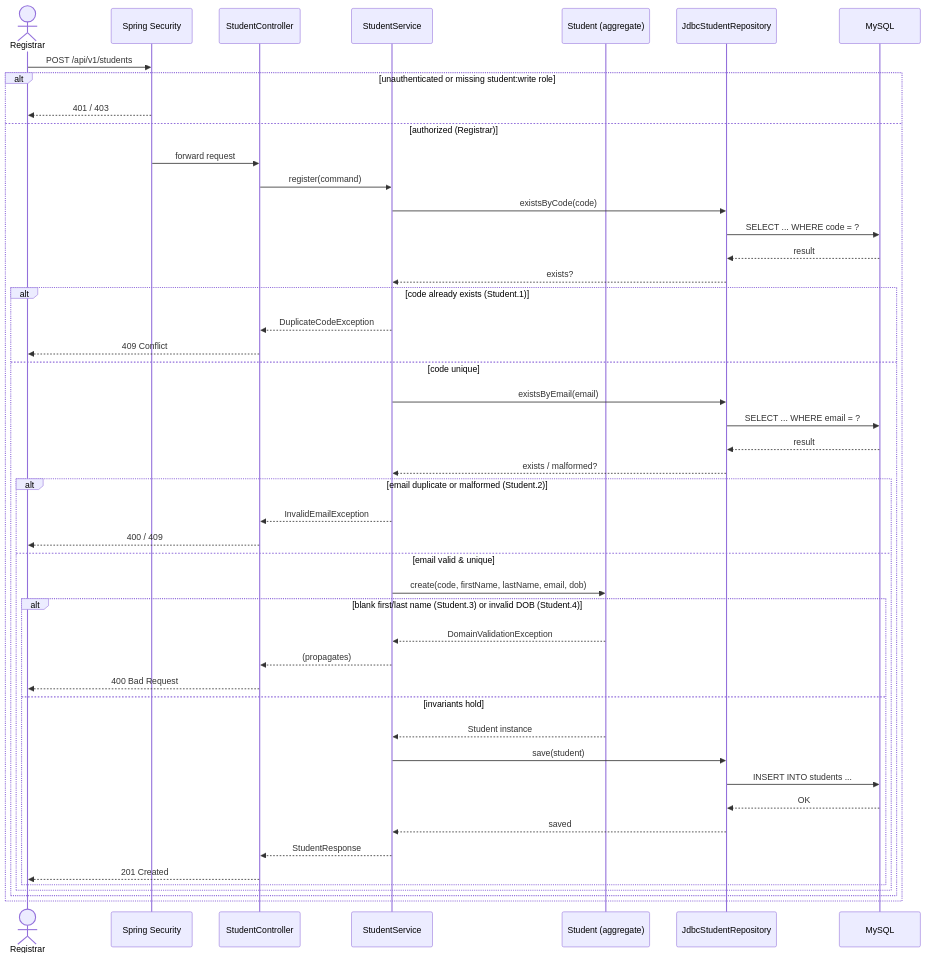
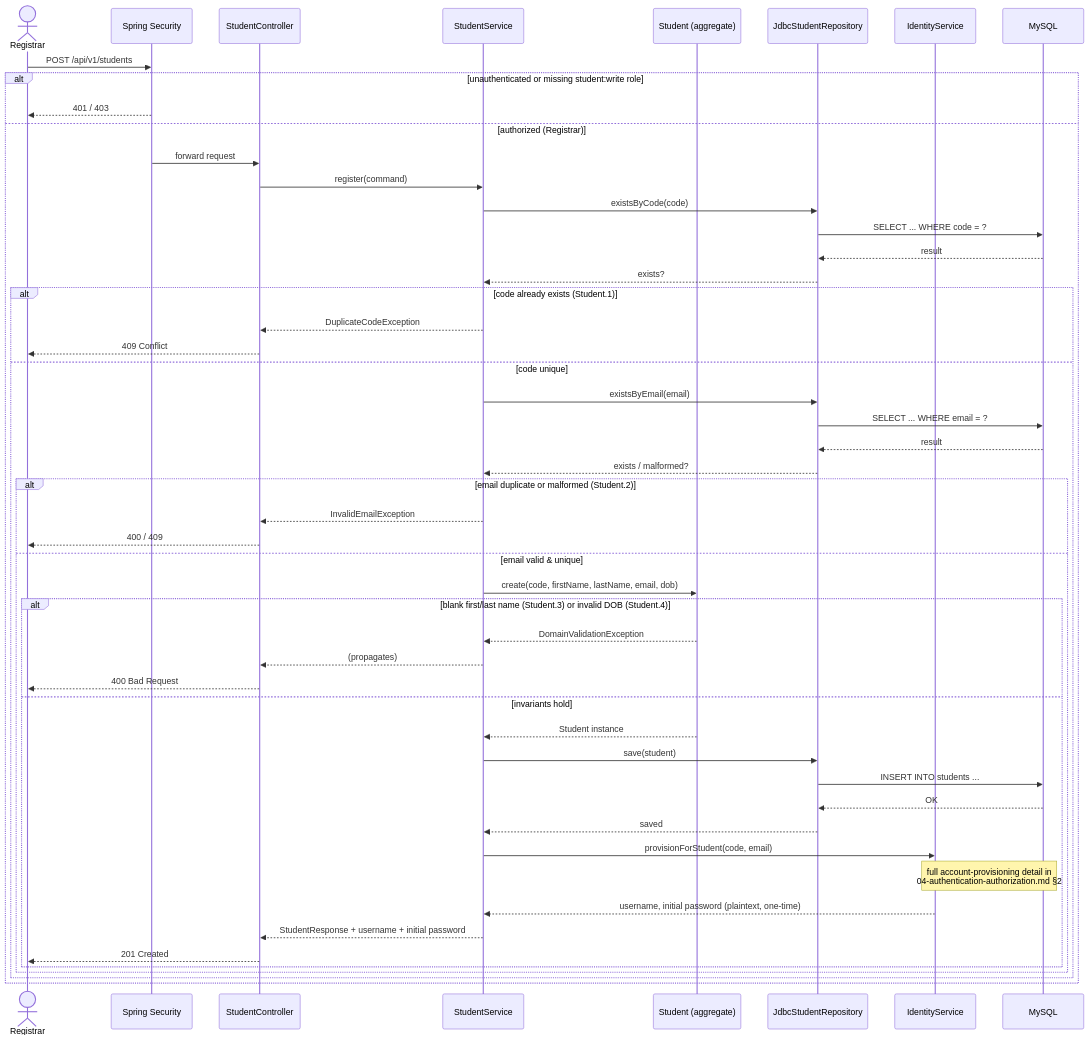
The first of 22 diagrams in docs/SA-docs/03-sequence-diagrams.md (phuchoang2005/Student-Management-System), drawn with Mermaid before and after one commit. The commit also changed other lines of this file and 11 other files, not shown here.

Commit message:
docs(authentication/authorization): Update Declaration Document for auth/Athr

````diff
--- a/docs/SA-docs/03-sequence-diagrams.md
+++ b/docs/SA-docs/03-sequence-diagrams.md
@@ -45,51 +47,55 @@
 ```mermaid
 sequenceDiagram
     actor Registrar
     participant Sec as Spring Security
     participant Ctrl as StudentController
     participant Svc as StudentService
     participant Agg as Student (aggregate)
     participant Repo as JdbcStudentRepository
+    participant IdentitySvc as IdentityService
     participant DB as MySQL
 
     Registrar->>Sec: POST /api/v1/students
     alt unauthenticated or missing student:write role
         Sec-->>Registrar: 401 / 403
     else authorized (Registrar)
         Sec->>Ctrl: forward request
         Ctrl->>Svc: register(command)
 
         Svc->>Repo: existsByCode(code)
         Repo->>DB: SELECT ... WHERE code = ?
         DB-->>Repo: result
         Repo-->>Svc: exists?
         alt code already exists (Student.1)
             Svc-->>Ctrl: DuplicateCodeException
             Ctrl-->>Registrar: 409 Conflict
         else code unique
             Svc->>Repo: existsByEmail(email)
             Repo->>DB: SELECT ... WHERE email = ?
             DB-->>Repo: result
             Repo-->>Svc: exists / malformed?
             alt email duplicate or malformed (Student.2)
                 Svc-->>Ctrl: InvalidEmailException
                 Ctrl-->>Registrar: 400 / 409
             else email valid & unique
                 Svc->>Agg: create(code, firstName, lastName, email, dob)
                 alt blank first/last name (Student.3) or invalid DOB (Student.4)
                     Agg-->>Svc: DomainValidationException
                     Svc-->>Ctrl: (propagates)
                     Ctrl-->>Registrar: 400 Bad Request
                 else invariants hold
                     Agg-->>Svc: Student instance
                     Svc->>Repo: save(student)
                     Repo->>DB: INSERT INTO students ...
                     DB-->>Repo: OK
                     Repo-->>Svc: saved
-                    Svc-->>Ctrl: StudentResponse
+                    Svc->>IdentitySvc: provisionForStudent(code, email)
+                    Note over IdentitySvc,DB: full account-provisioning detail in<br/>04-authentication-authorization.md §2
+                    IdentitySvc-->>Svc: username, initial password (plaintext, one-time)
+                    Svc-->>Ctrl: StudentResponse + username + initial password
                     Ctrl-->>Registrar: 201 Created
                 end
             end
         end
     end
 ```
````
